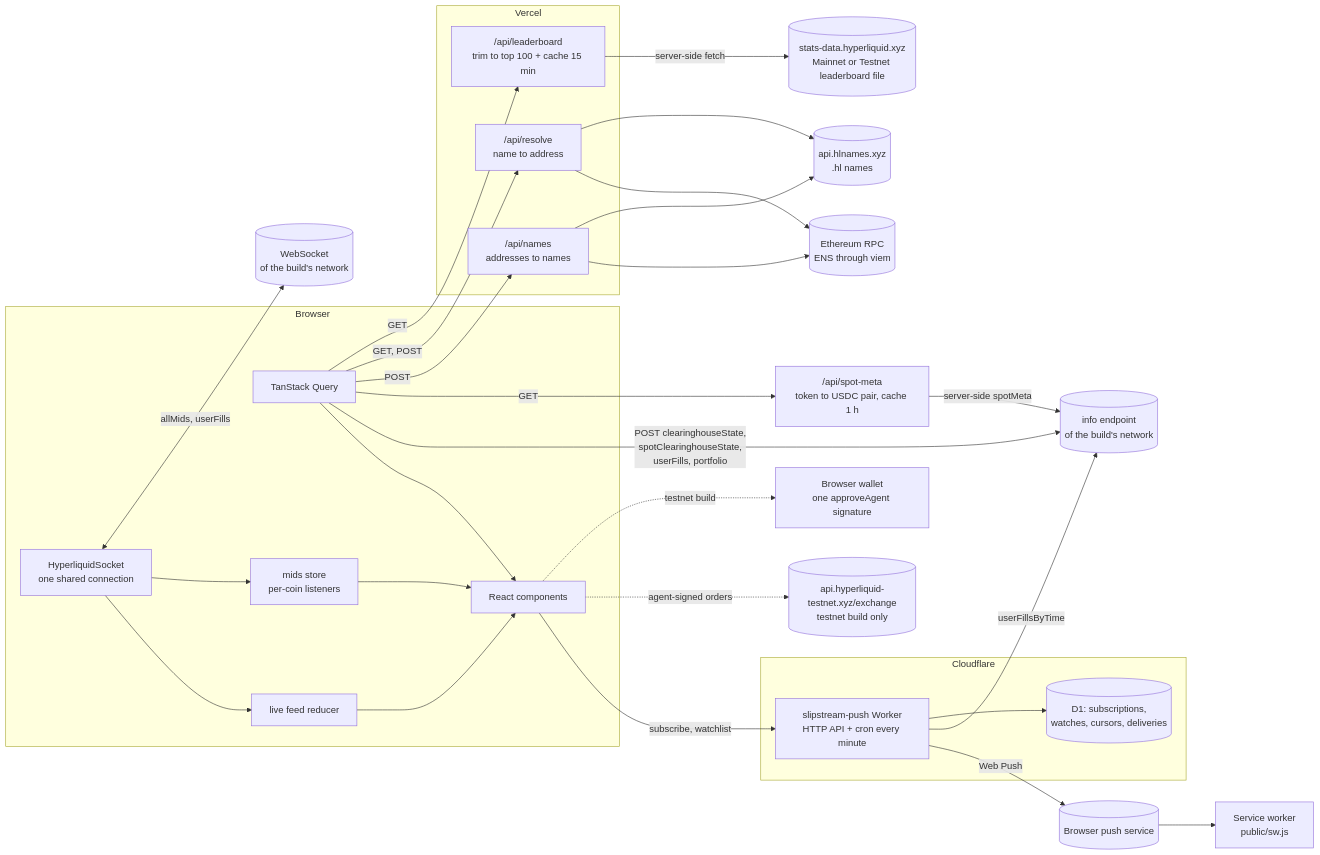
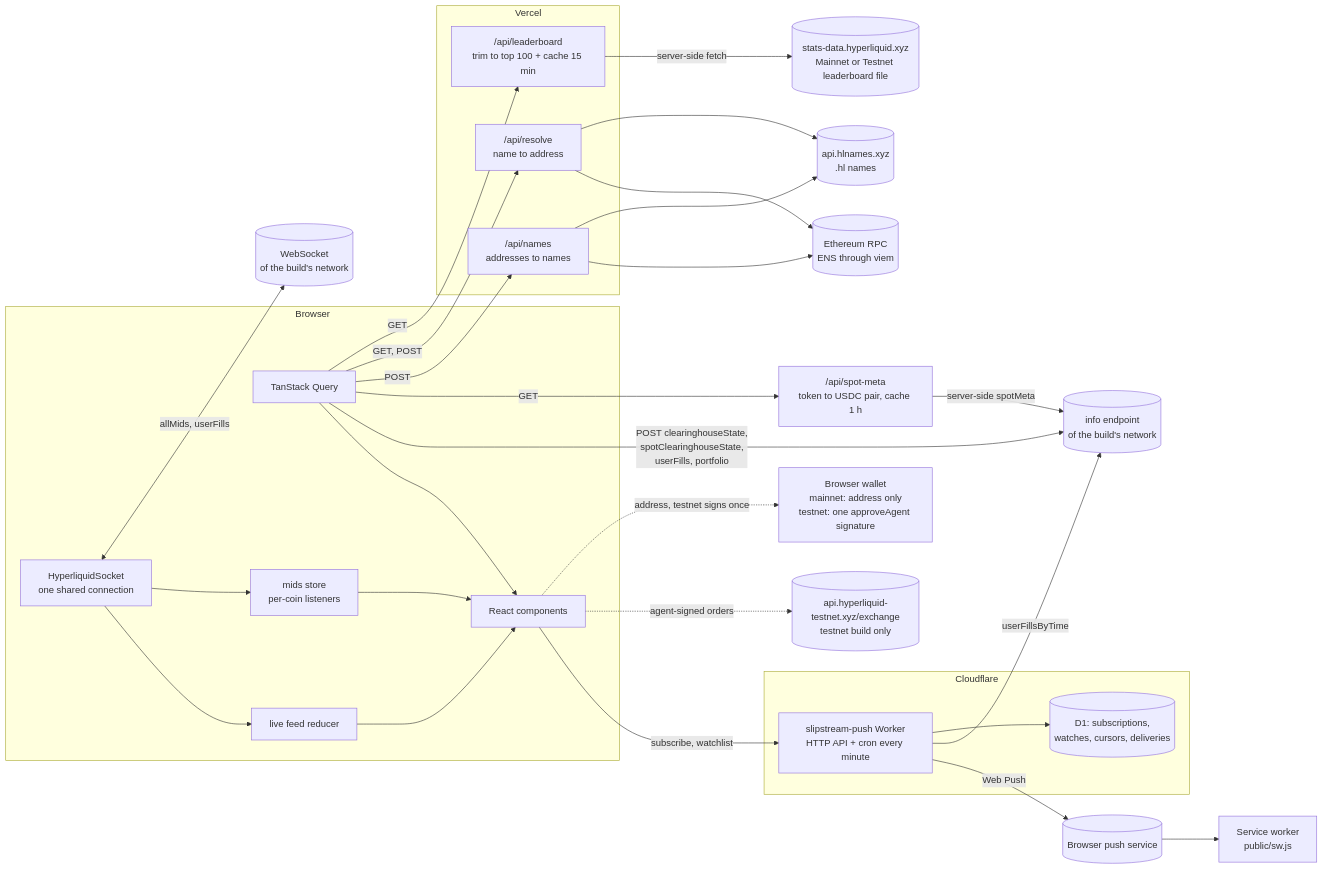
Before and after one commit to lukicenturi/slipstream: the diagram in README.md, drawn with Mermaid. The commit also changed other lines of this file and 26 other files, not shown here.

First line of the commit message:
feat: wallet connect on every build, read-only on mainnet

````diff
--- a/README.md
+++ b/README.md
@@ -49,57 +50,57 @@
 ```mermaid
 flowchart LR
   subgraph Browser
     UI[React components]
     Q[TanStack Query]
     WS[HyperliquidSocket<br/>one shared connection]
     Mids[mids store<br/>per-coin listeners]
     Feed[live feed reducer]
   end
 
   subgraph Vercel
     Route["/api/leaderboard<br/>trim to top 100 + cache 15 min"]
     Resolve["/api/resolve<br/>name to address"]
     Names["/api/names<br/>addresses to names"]
   end
 
   Stats[(stats-data.hyperliquid.xyz<br/>Mainnet or Testnet leaderboard file)]
   HLN[(api.hlnames.xyz<br/>.hl names)]
   RPC[(Ethereum RPC<br/>ENS through viem)]
   Info[(info endpoint<br/>of the build's network)]
   Socket[(WebSocket<br/>of the build's network)]
   Exchange[(api.hyperliquid-testnet.xyz/exchange<br/>testnet build only)]
-  Wallet[Browser wallet<br/>one approveAgent signature]
+  Wallet[Browser wallet<br/>mainnet: address only<br/>testnet: one approveAgent signature]
 
   subgraph Cloudflare
     PushWorker["slipstream-push Worker<br/>HTTP API + cron every minute"]
     D1[(D1: subscriptions,<br/>watches, cursors, deliveries)]
   end
   PushSvc[(Browser push service)]
   SW[Service worker<br/>public/sw.js]
 
   Q -->|GET| Route
   Route -->|server-side fetch| Stats
   Q -->|GET, POST| Resolve
   Q -->|POST| Names
   Resolve --> HLN
   Resolve --> RPC
   Names --> HLN
   Names --> RPC
   SpotMeta["/api/spot-meta<br/>token to USDC pair, cache 1 h"]
   Q -->|GET| SpotMeta
   SpotMeta -->|server-side spotMeta| Info
   Q -->|POST clearinghouseState,<br/>spotClearinghouseState,<br/>userFills, portfolio| Info
   WS <-->|allMids, userFills| Socket
   WS --> Mids
   WS --> Feed
   Mids --> UI
   Feed --> UI
   Q --> UI
-  UI -.->|testnet build| Wallet
+  UI -.->|address, testnet signs once| Wallet
   UI -.->|agent-signed orders| Exchange
   UI -->|subscribe, watchlist| PushWorker
   PushWorker --> D1
   PushWorker -->|userFillsByTime| Info
   PushWorker -->|Web Push| PushSvc
   PushSvc --> SW
 ```
````
